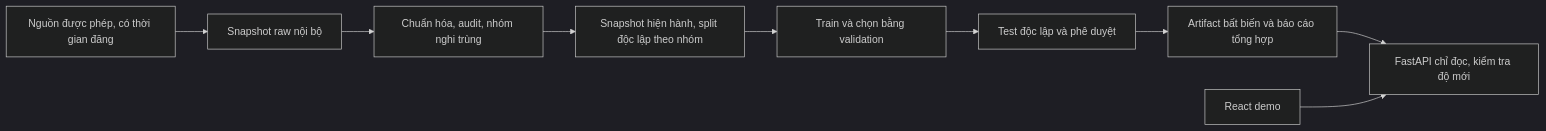
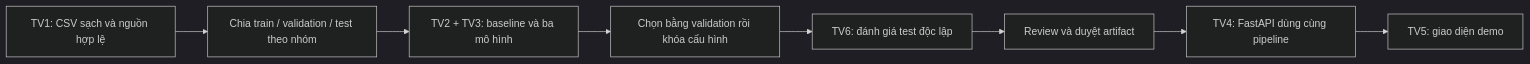
Before and after one commit to KhiemPham1512/hcm-apartment-price-ai: the diagram in README.md, drawn with Mermaid (dark theme). The commit also changed other lines of this file and 10 other files, not shown here.

````diff
--- a/README.md
+++ b/README.md
@@ -91,11 +36,10 @@
 ```mermaid
 flowchart LR
-    S[Nguồn được phép, có thời gian đăng] --> R[Snapshot raw nội bộ]
-    R --> D[Chuẩn hóa, audit, nhóm nghi trùng]
-    D --> SP[Snapshot hiện hành, split độc lập theo nhóm]
-    SP --> TR[Train và chọn bằng validation]
-    TR --> EV[Test độc lập và phê duyệt]
-    EV --> A[Artifact bất biến và báo cáo tổng hợp]
-    A --> API[FastAPI chỉ đọc, kiểm tra độ mới]
-    UI[React demo] --> API
+    A[TV1: CSV sạch và nguồn hợp lệ] --> B[Chia train / validation / test theo nhóm]
+    B --> C[TV2 + TV3: baseline và ba mô hình]
+    C --> D[Chọn bằng validation rồi khóa cấu hình]
+    D --> E[TV6: đánh giá test độc lập]
+    E --> F[Review và duyệt artifact]
+    F --> G[TV4: FastAPI dùng cùng pipeline]
+    G --> H[TV5: giao diện demo]
 ```
````
